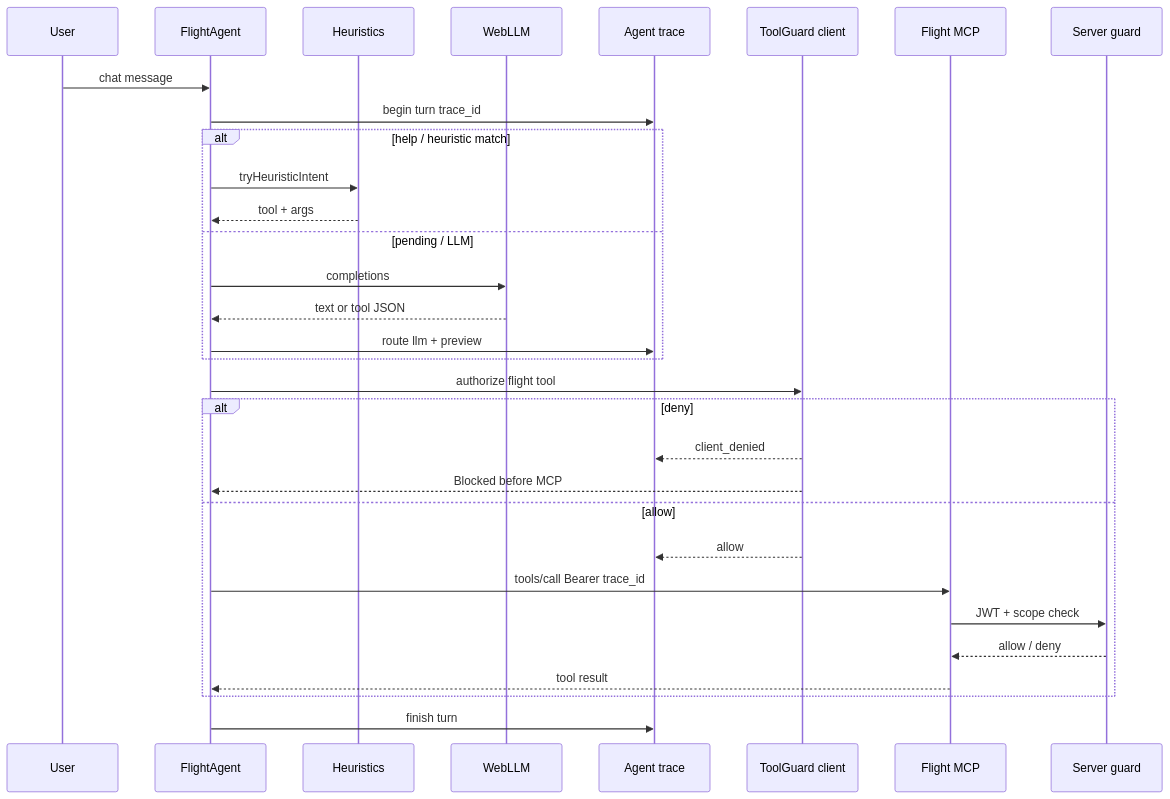
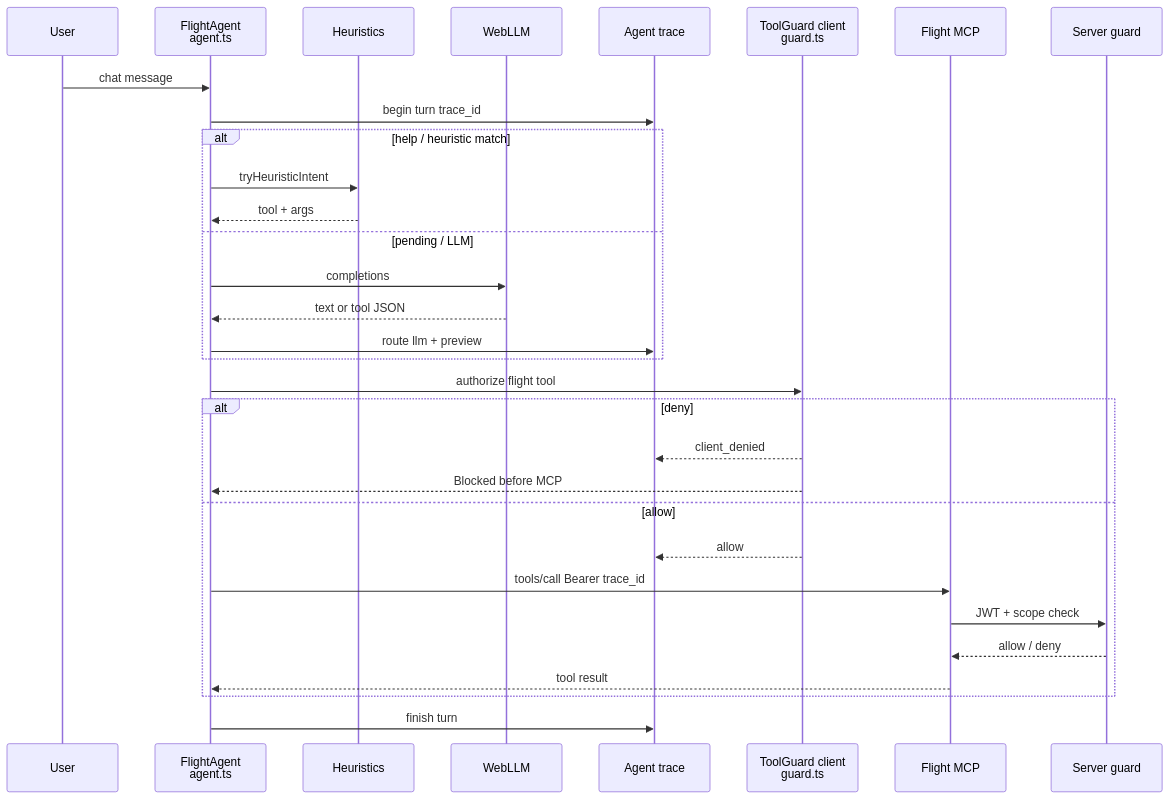
The second of 4 diagrams in docs/ARCHITECTURE.md (peterkrentel/mcp-tool-guard), drawn with Mermaid before and after one commit. The commit also changed other lines of this file and 1 other file, not shown here.

Commit message:
docs(architecture): comprehensive refresh - document GatewayAgent flow and agent paths

````diff
--- a/docs/ARCHITECTURE.md
+++ b/docs/ARCHITECTURE.md
@@ -73,34 +96,34 @@
 ```mermaid
 sequenceDiagram
   participant U as User
-  participant A as FlightAgent
+  participant A as FlightAgent<br/>agent.ts
   participant H as Heuristics
   participant L as WebLLM
   participant T as Agent trace
-  participant G as ToolGuard client
+  participant G as ToolGuard client<br/>guard.ts
   participant M as Flight MCP
   participant S as Server guard
 
   U->>A: chat message
   A->>T: begin turn trace_id
   alt help / heuristic match
     A->>H: tryHeuristicIntent
     H-->>A: tool + args
   else pending / LLM
     A->>L: completions
     L-->>A: text or tool JSON
     A->>T: route llm + preview
   end
   A->>G: authorize flight tool
   alt deny
     G-->>T: client_denied
     G-->>A: Blocked before MCP
   else allow
     G-->>T: allow
     A->>M: tools/call Bearer trace_id
     M->>S: JWT + scope check
     S-->>M: allow / deny
     M-->>A: tool result
   end
   A->>T: finish turn
 ```
````
